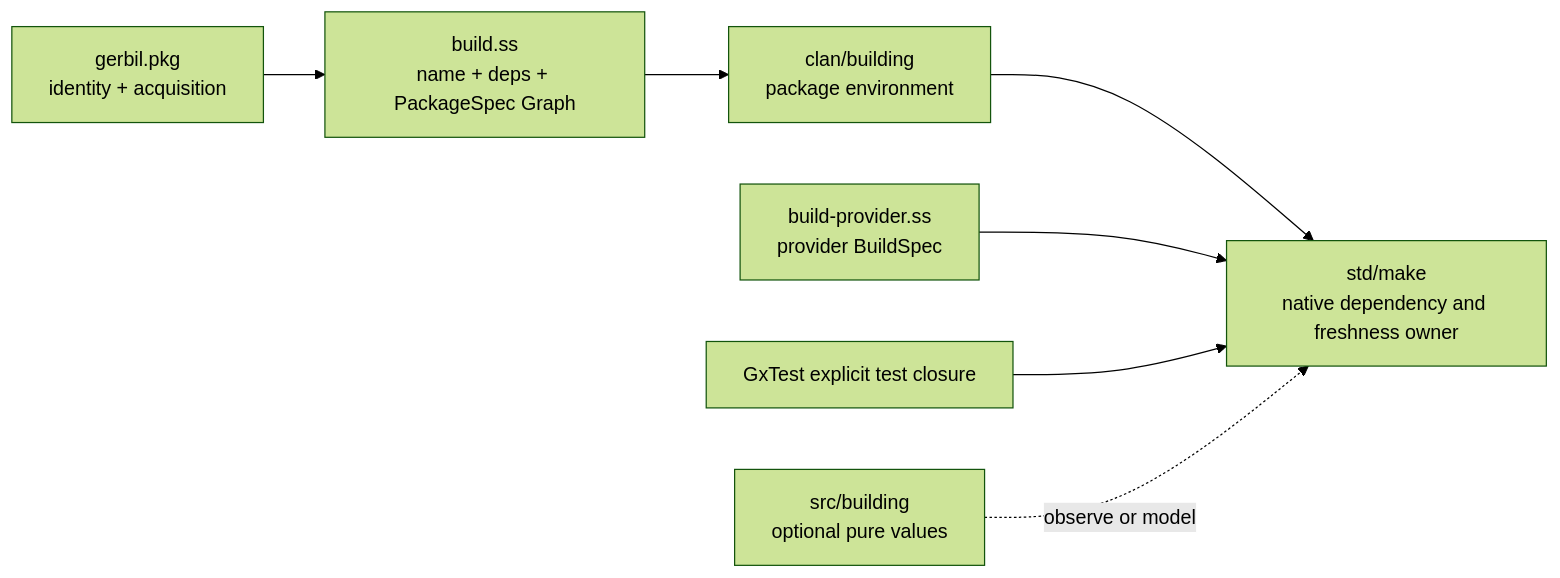
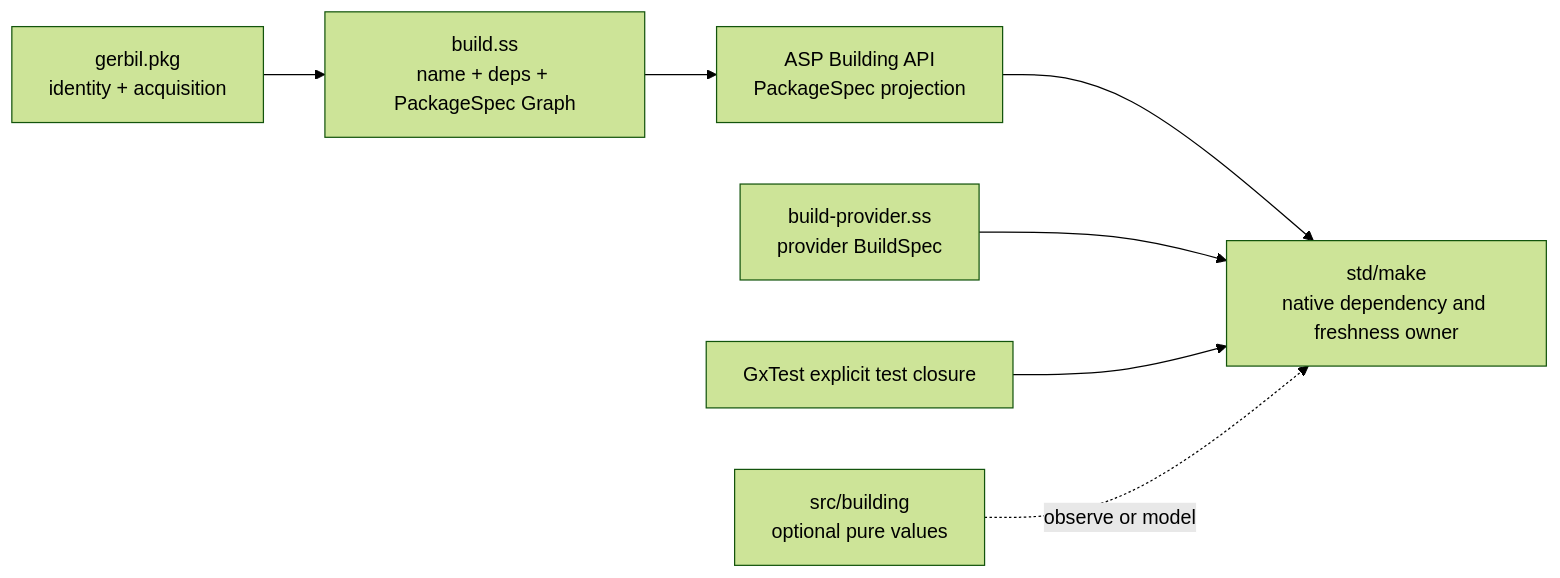
The diagram in docs/30-39-building/31.01-building-framework.org (tao3k/asp-gerbil-scheme), drawn with Mermaid (forest theme) before and after one commit. The commit also changed other lines of this file and 49 other files, not shown here.

Commit message:
refactor(build): retire clan building ownership

```diff
--- a/docs/30-39-building/31.01-building-framework.org
+++ b/docs/30-39-building/31.01-building-framework.org
@@ -29,22 +29,22 @@
 #+begin_src mermaid
 flowchart LR
   Manifest["gerbil.pkg
 identity + acquisition"]
   Build["build.ss
 name + deps + PackageSpec Graph"]
   Provider["build-provider.ss
 provider BuildSpec"]
-  Clan["clan/building
-package environment"]
+  Spec["ASP Building API
+PackageSpec projection"]
   Make["std/make
 native dependency and freshness owner"]
   Values["src/building
 optional pure values"]
   Tests["GxTest explicit test closure"]
 
   Manifest --> Build
-  Build --> Clan --> Make
+  Build --> Spec --> Make
   Provider --> Make
   Tests --> Make
   Values -. observe or model .-> Make
 #+end_src
```
